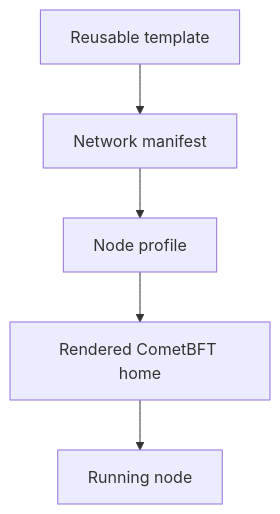
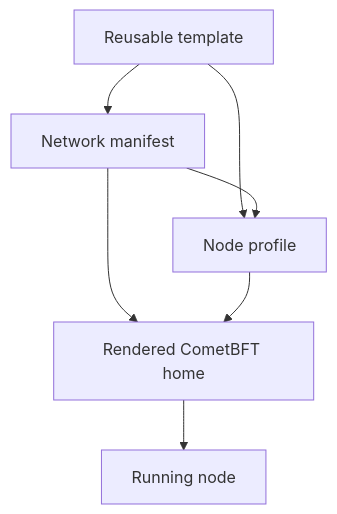
The diagram in node/configuration.md (xian-technology/xian-docs-web), drawn with Mermaid before and after one commit. The commit also changed other lines of this file and 28 other files, not shown here.

````diff
--- a/node/configuration.md
+++ b/node/configuration.md
@@ -9,7 +9,9 @@
 ```mermaid
 flowchart TD
   Template["Reusable template"] --> Manifest["Network manifest"]
+  Template --> Profile
   Manifest --> Profile["Node profile"]
+  Manifest --> Home
   Profile --> Home["Rendered CometBFT home"]
   Home --> Runtime["Running node"]
 ```
````
